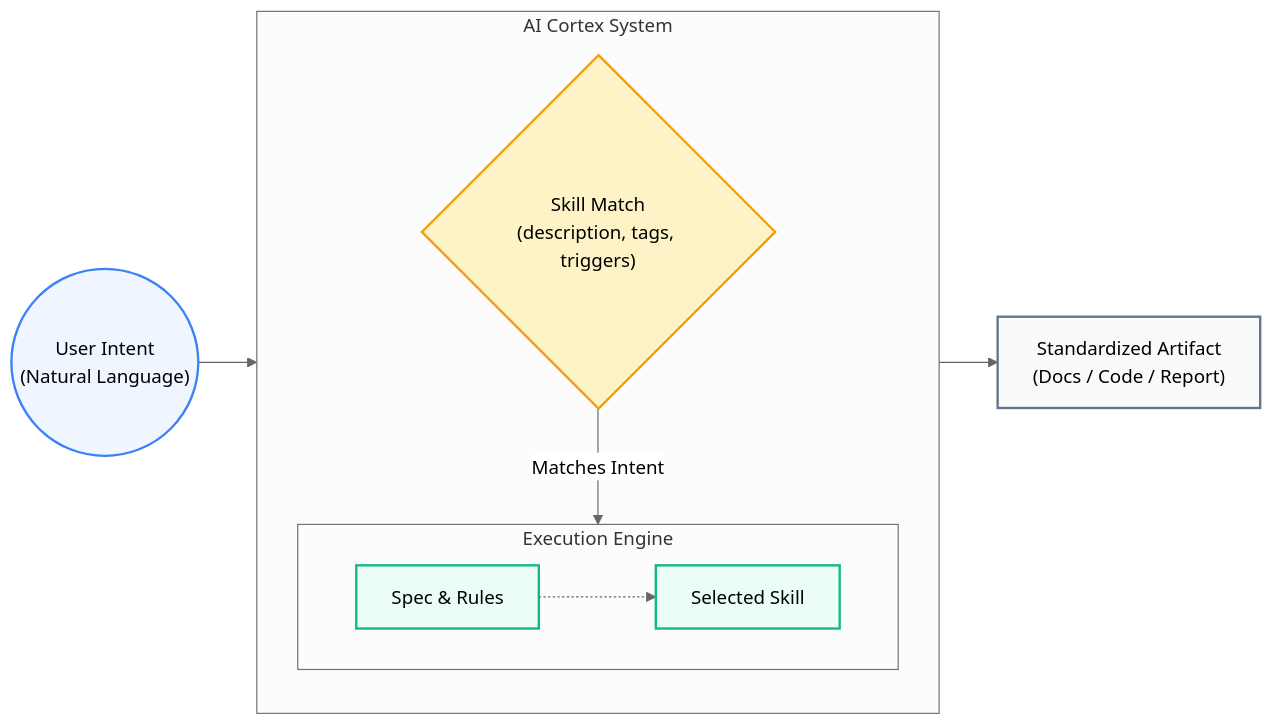
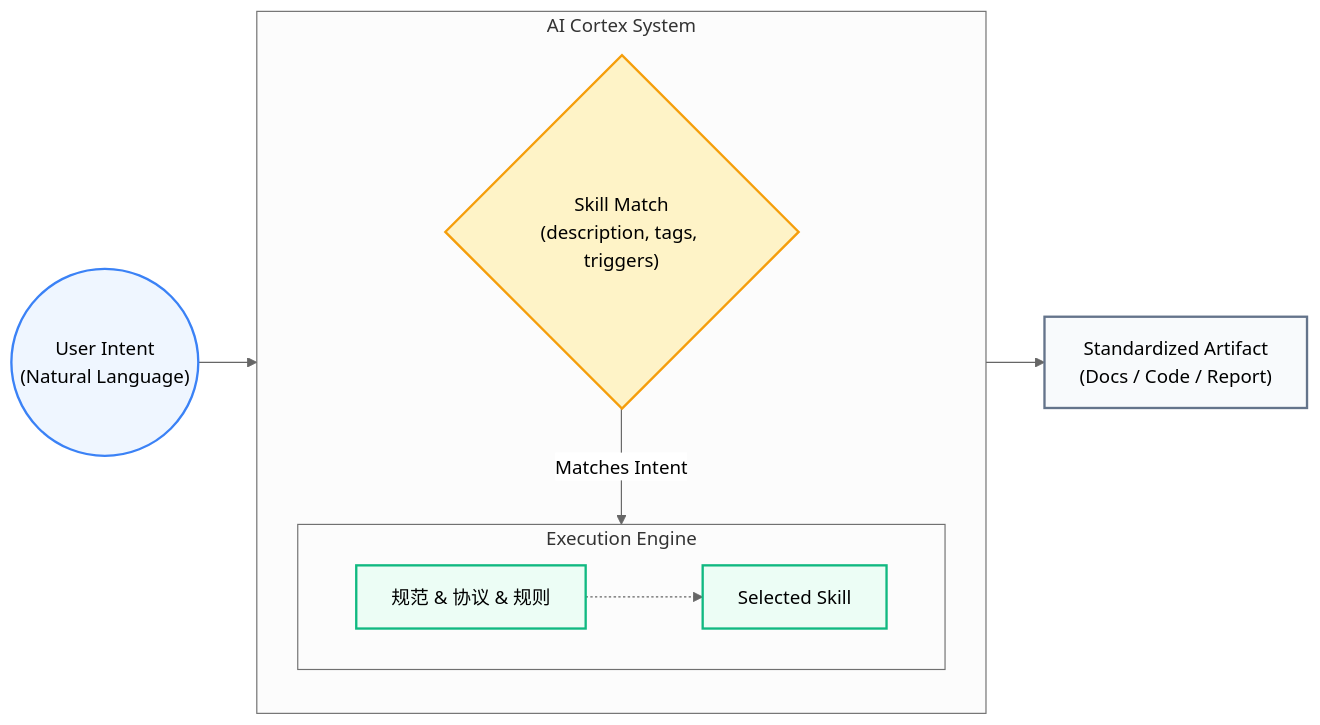
Before and after one commit to nesnilnehc/ai-cortex: the diagram in README.md, drawn with Mermaid (neutral theme). The commit also changed other lines of this file and 66 other files, not shown here.

````diff
--- a/README.md
+++ b/README.md
@@ -9,28 +9,28 @@
 ```mermaid
 flowchart LR
     %% Style Definitions
     classDef user fill:#eff6ff,stroke:#3b82f6,stroke-width:2px;
     classDef system fill:#fef3c7,stroke:#f59e0b,stroke-width:2px;
     classDef core fill:#ecfdf5,stroke:#10b981,stroke-width:2px;
     classDef out fill:#f8fafc,stroke:#64748b,stroke-width:2px;
 
     %% Nodes
     Intent(("User Intent<br/>(Natural Language)")):::user
     
     subgraph Cortex [AI Cortex System]
         direction TB
         Router{"Skill Match<br/>(description, tags, triggers)"}:::system
         
         subgraph Execution [Execution Engine]
             direction LR
-            Spec[Spec & Rules]:::core -.-> Skill[Selected Skill]:::core
+            Governance[规范 & 协议 & 规则]:::core -.-> Skill[Selected Skill]:::core
         end
     end
 
     Artifact["Standardized Artifact<br/>(Docs / Code / Report)"]:::out
 
     %% Flow
     Intent --> Router
     Router -- Matches Intent --> Skill
     Skill --> Artifact
 ```
````
